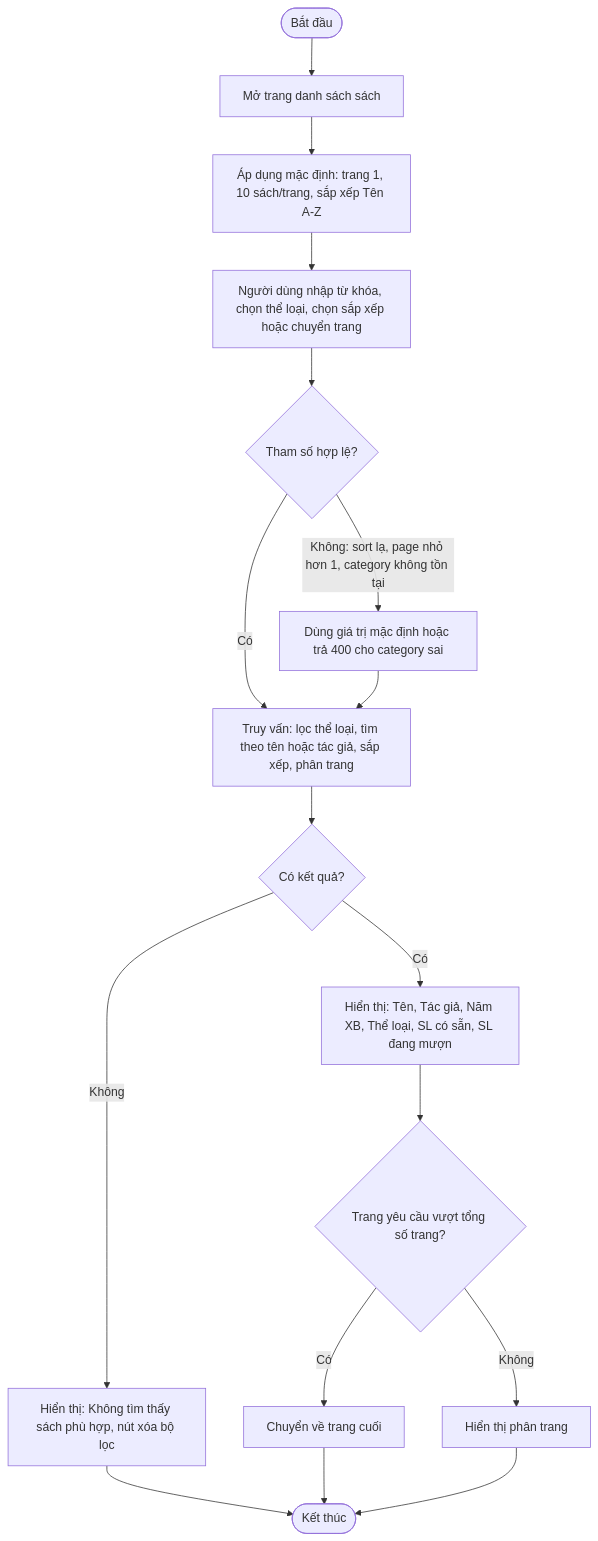
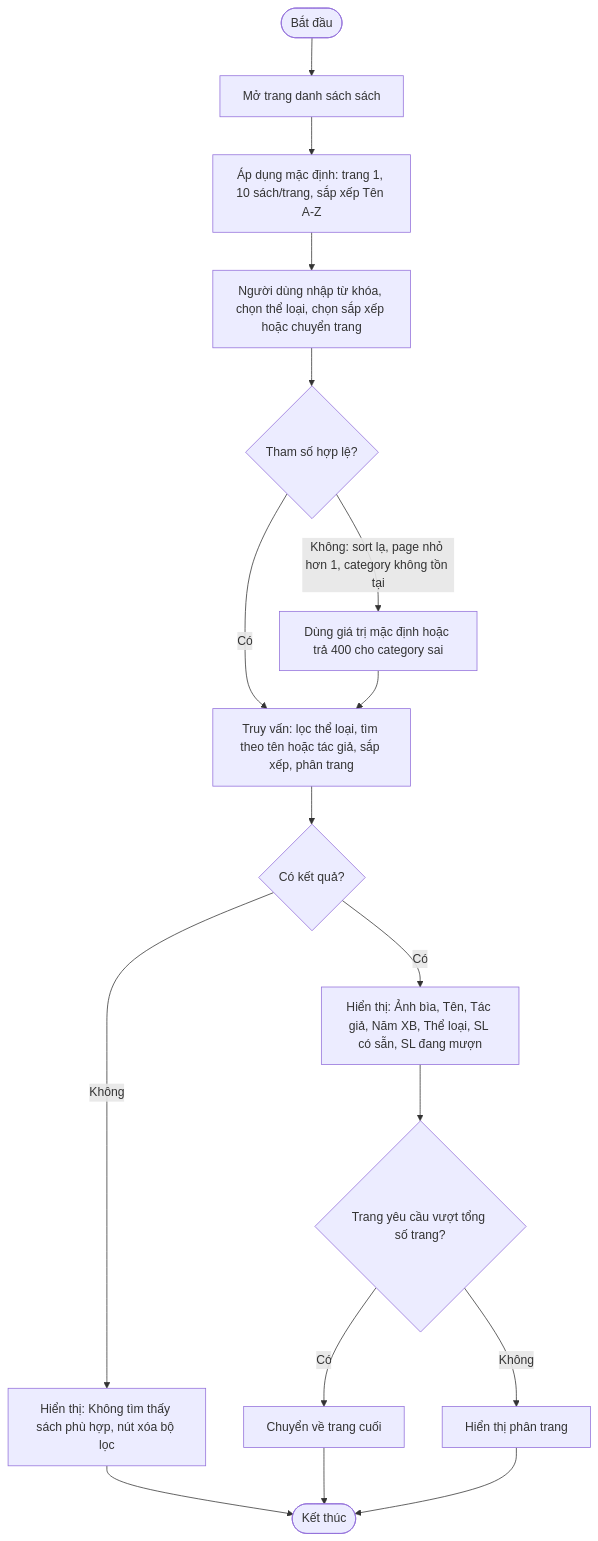
The diagram in design/flows/2.2.3-xem-danh-sach-sach.md (aehuy12345/Lib_start), drawn with Mermaid before and after one commit. The commit also changed other lines of this file and 19 other files, not shown here.

First line of the commit message:
docs: finalize design phase and migrate schema to Supabase

````diff
--- a/design/flows/2.2.3-xem-danh-sach-sach.md
+++ b/design/flows/2.2.3-xem-danh-sach-sach.md
@@ -8,19 +8,19 @@
 ```mermaid
 flowchart TD
     A([Bắt đầu]) --> B["Mở trang danh sách sách"]
     B --> C["Áp dụng mặc định: trang 1, 10 sách/trang, sắp xếp Tên A-Z"]
     C --> D["Người dùng nhập từ khóa, chọn thể loại, chọn sắp xếp hoặc chuyển trang"]
     D --> E{"Tham số hợp lệ?"}
     E -->|"Không: sort lạ, page nhỏ hơn 1, category không tồn tại"| F["Dùng giá trị mặc định hoặc trả 400 cho category sai"]
     E -->|"Có"| G["Truy vấn: lọc thể loại, tìm theo tên hoặc tác giả, sắp xếp, phân trang"]
     F --> G
     G --> H{"Có kết quả?"}
     H -->|"Không"| I["Hiển thị: Không tìm thấy sách phù hợp, nút xóa bộ lọc"]
-    H -->|"Có"| J["Hiển thị: Tên, Tác giả, Năm XB, Thể loại, SL có sẵn, SL đang mượn"]
+    H -->|"Có"| J["Hiển thị: Ảnh bìa, Tên, Tác giả, Năm XB, Thể loại, SL có sẵn, SL đang mượn"]
     J --> K{"Trang yêu cầu vượt tổng số trang?"}
     K -->|"Có"| L["Chuyển về trang cuối"]
     K -->|"Không"| M["Hiển thị phân trang"]
     I --> N([Kết thúc])
     L --> N
     M --> N
 ```
````
